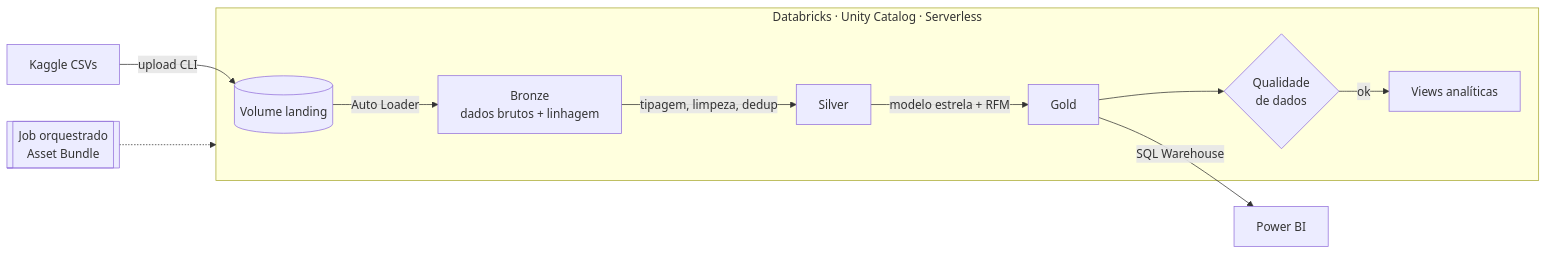
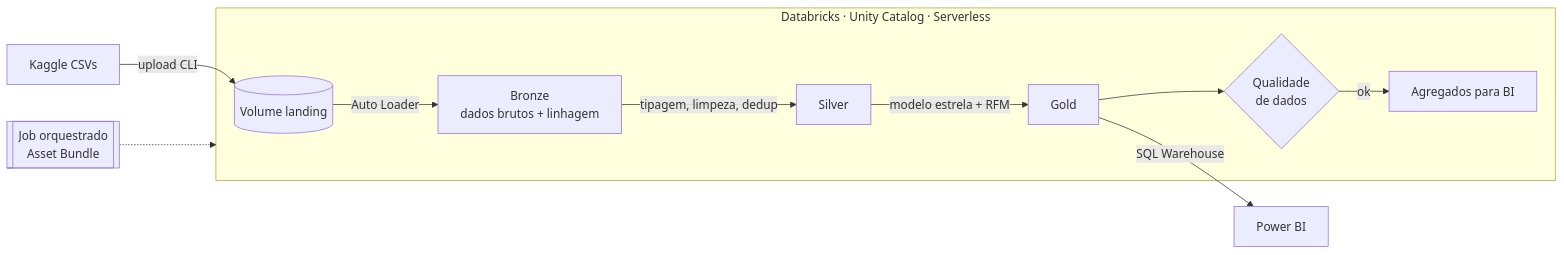
Before and after one commit to Jx-dev-c/olist-lakehouse-databricks-powerbi: the first of 2 diagrams in README.md, drawn with Mermaid. The commit also changed other lines of this file and 7 other files, not shown here.

````diff
--- a/README.md
+++ b/README.md
@@ -12,13 +12,13 @@
 ```mermaid
 flowchart LR
     K[Kaggle CSVs] -->|upload CLI| V[(Volume landing)]
     subgraph Databricks [Databricks · Unity Catalog · Serverless]
         V -->|Auto Loader| B[Bronze<br/>dados brutos + linhagem]
         B -->|tipagem, limpeza, dedup| S[Silver]
         S -->|modelo estrela + RFM| G[Gold]
         G --> DQ{Qualidade<br/>de dados}
-        DQ -->|ok| VW[Views analíticas]
+        DQ -->|ok| VW[Agregados para BI]
     end
     G -->|SQL Warehouse| PBI[Power BI]
     J[[Job orquestrado<br/>Asset Bundle]] -.-> Databricks
 ```
````
